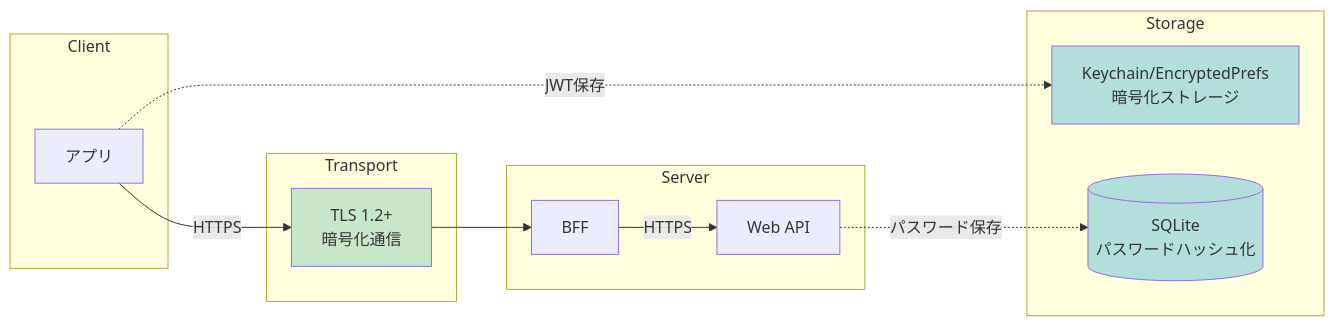
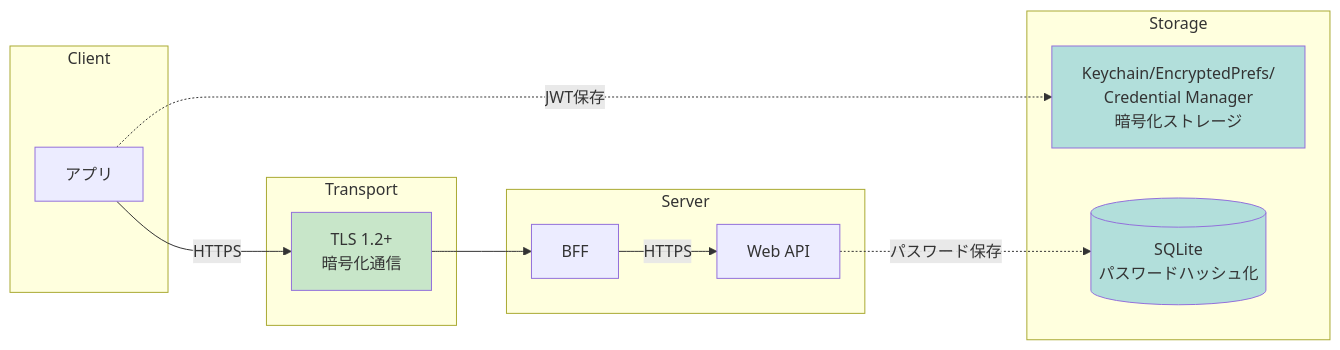
One commit to Takas0522/ws-demo-mobile-app changed the tenth of 10 diagrams in docs/architecture/01-system-context.md. Above: the diagram before and after it, drawn with Mermaid. The commit also changed other lines of this file and 3 other files, not shown here.

First line of the commit message:
docs: add Windows App (C++20/Win32/MVVM) to architecture documents

````diff
--- a/docs/architecture/01-system-context.md
+++ b/docs/architecture/01-system-context.md
@@ -366,30 +373,30 @@
 ```mermaid
 graph LR
     subgraph "Client"
         App[アプリ]
     end
     
     subgraph "Transport"
         TLS[TLS 1.2+<br/>暗号化通信]
     end
     
     subgraph "Server"
         BFF[BFF]
         API[Web API]
     end
     
     subgraph "Storage"
-        Keychain[Keychain/EncryptedPrefs<br/>暗号化ストレージ]
+        Keychain[Keychain/EncryptedPrefs/<br/>Credential Manager<br/>暗号化ストレージ]
         DB[(SQLite<br/>パスワードハッシュ化)]
     end
     
     App -->|HTTPS| TLS
     TLS --> BFF
     BFF -->|HTTPS| API
     App -.->|JWT保存| Keychain
     API -.->|パスワード保存| DB
     
     style TLS fill:#c8e6c9
     style Keychain fill:#b2dfdb
     style DB fill:#b2dfdb
 ```
````
